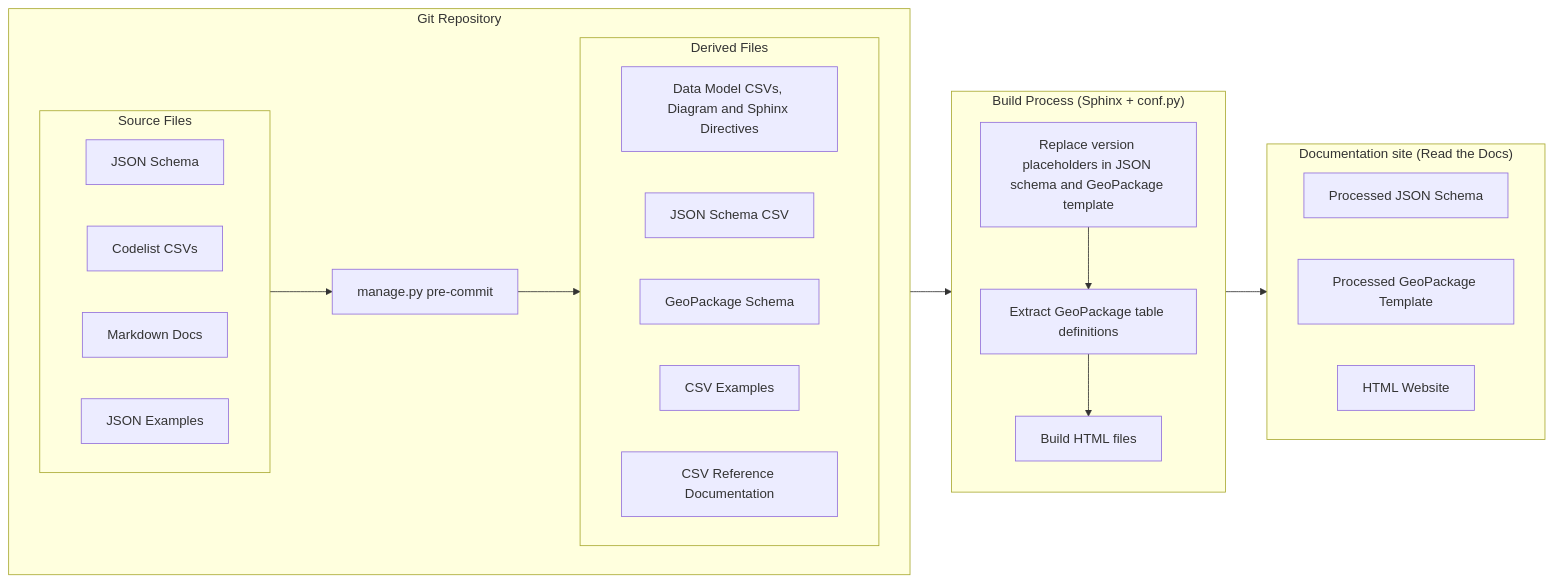
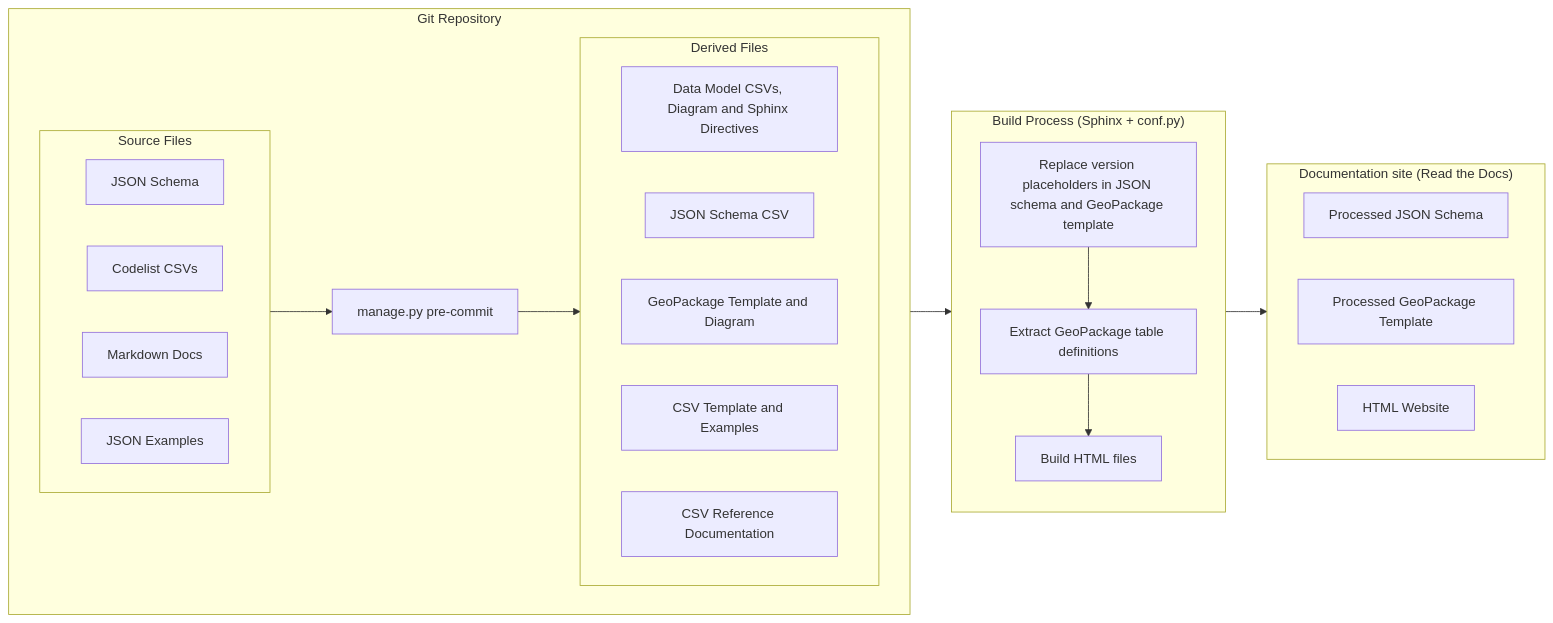
The first of 2 diagrams in docs/technical/introduction.md (Open-Telecoms-Data/standard-development-handbook), drawn with Mermaid before and after one commit.

Commit message:
docs/technical/introduction.md: Update diagram

````diff
--- a/docs/technical/introduction.md
+++ b/docs/technical/introduction.md
@@ -20,45 +20,47 @@
 ```mermaid
     graph LR
         subgraph Repo["Git Repository"]
         direction LR
 
             subgraph Source["Source Files"]
                 direction LR
                 S1[JSON Schema]
                 S2[Codelist CSVs]
                 S3[Markdown Docs]
                 S4[JSON Examples]
             end
 
             R1["manage.py pre-commit"]
 
             subgraph Derived["Derived Files"]
                 direction LR
                 D1["Data Model CSVs, Diagram and Sphinx Directives"]
                 D2["JSON Schema CSV"]
-                D3["GeoPackage Schema"]
-                D4["CSV Examples"]
+                D3["GeoPackage Template and Diagram"]
+                D4["CSV Template and Examples"]
                 D5["CSV Reference Documentation"]
             end
 
         end
+        
+
 
         subgraph Build["Build Process (Sphinx + conf.py)"]
             direction TB
             B1["Replace version placeholders in JSON schema and GeoPackage template"]
             B2[Extract GeoPackage table definitions]
             B3[Build HTML files]
         end
 
         subgraph Output["Documentation site (Read the Docs)"]
             direction LR
             O1[Processed JSON Schema]
             O2[Processed GeoPackage Template]
             O3[HTML Website]
         end
 
         Source --> R1 --> Derived
         Repo --> Build
         B1 --> B2--> B3
         Build --> Output
 ```
````
